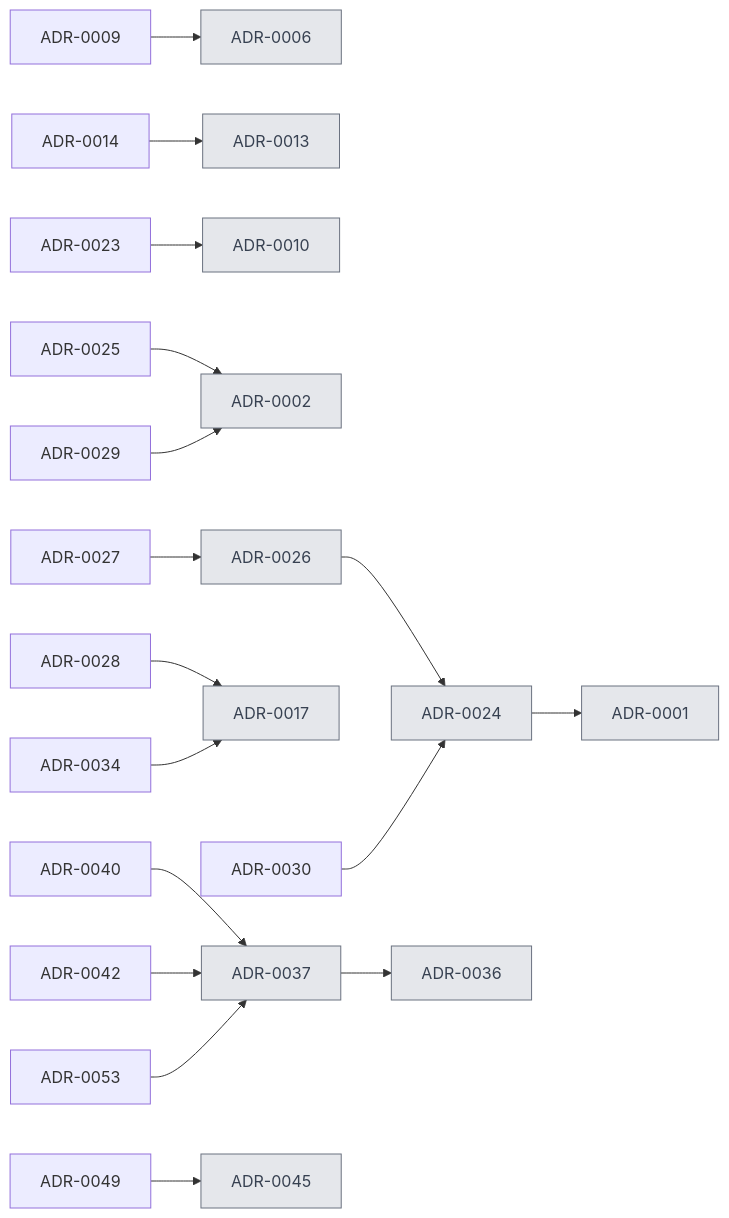
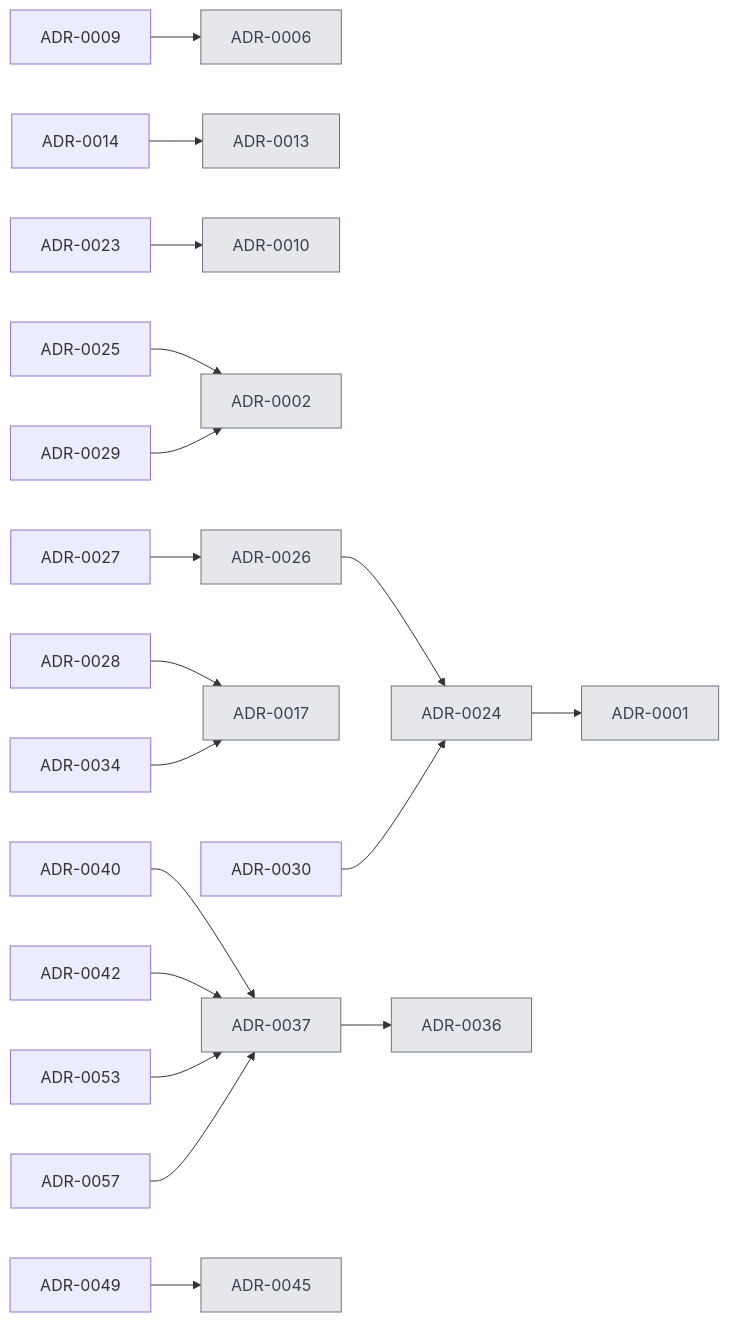
The diagram in docs/decisions/index.md (VM-s-Solutions/cleansia), drawn with Mermaid before and after one commit. The commit also changed other lines of this file and 13 other files, not shown here.

````diff
--- a/docs/decisions/index.md
+++ b/docs/decisions/index.md
@@ -18,21 +18,22 @@
 ```mermaid
 flowchart LR
   A0009[ADR-0009] --> A0006[ADR-0006]
   A0014[ADR-0014] --> A0013[ADR-0013]
   A0023[ADR-0023] --> A0010[ADR-0010]
   A0024[ADR-0024] --> A0001[ADR-0001]
   A0025[ADR-0025] --> A0002[ADR-0002]
   A0026[ADR-0026] --> A0024[ADR-0024]
   A0027[ADR-0027] --> A0026[ADR-0026]
   A0028[ADR-0028] --> A0017[ADR-0017]
   A0029[ADR-0029] --> A0002[ADR-0002]
   A0030[ADR-0030] --> A0024[ADR-0024]
   A0034[ADR-0034] --> A0017[ADR-0017]
   A0037[ADR-0037] --> A0036[ADR-0036]
   A0040[ADR-0040] --> A0037[ADR-0037]
   A0042[ADR-0042] --> A0037[ADR-0037]
   A0049[ADR-0049] --> A0045[ADR-0045]
   A0053[ADR-0053] --> A0037[ADR-0037]
+  A0057[ADR-0057] --> A0037[ADR-0037]
   classDef old fill:#e5e7eb,stroke:#6b7280,color:#374151
   class A0001,A0002,A0006,A0010,A0013,A0017,A0024,A0026,A0036,A0037,A0045 old
 ```
````
